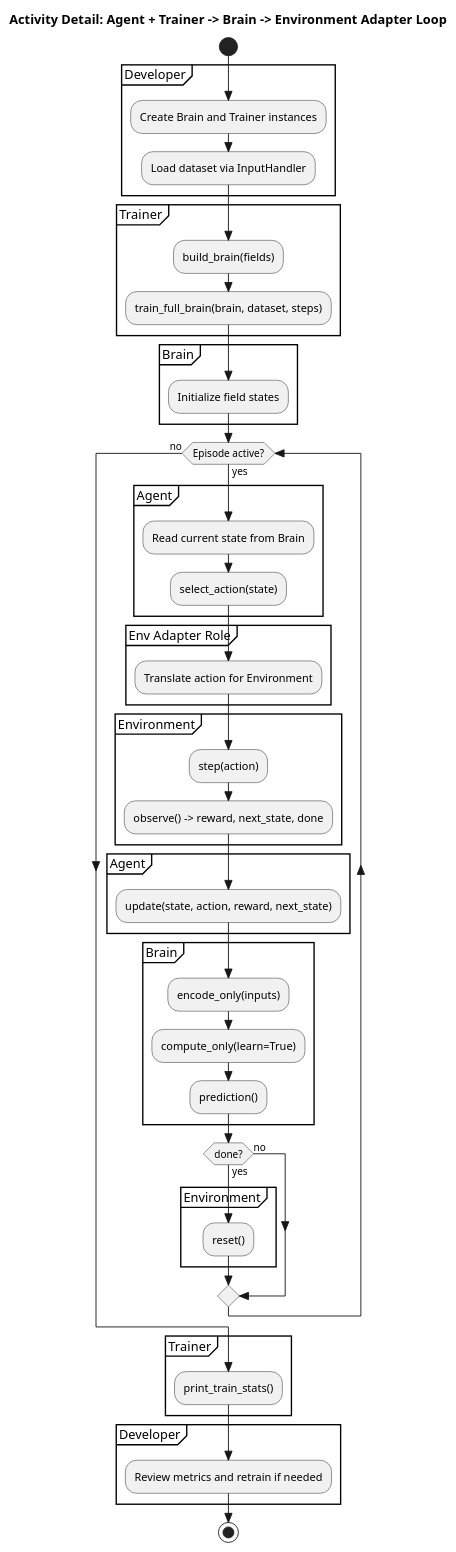
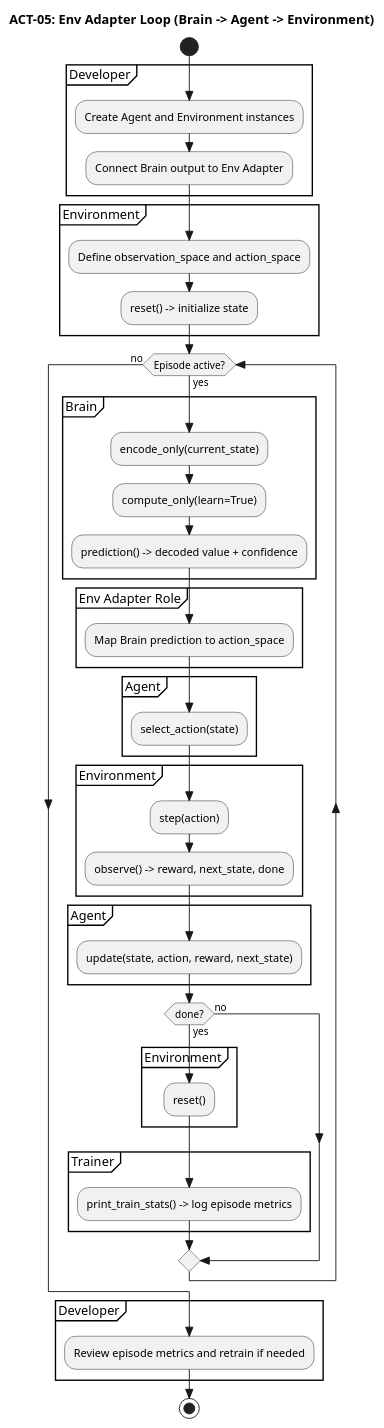
Before and after one commit to egrembocki/htmrl: the diagram in docs/puml/brain_env_training_activity.puml, drawn with PlantUML. The commit also changed 5 other files, not shown here.

```diff
--- a/docs/puml/brain_env_training_activity.puml
+++ b/docs/puml/brain_env_training_activity.puml
@@ -1,65 +1,61 @@
-@startuml brain_env_training_activity
+@startuml act-05-env-adapter-loop
 skinparam style strictuml
 skinparam shadowing false
 
-title Activity Detail: Agent + Trainer -> Brain -> Environment Adapter Loop
+title ACT-05: Env Adapter Loop (Brain -> Agent -> Environment)
 
 start
 
 partition Developer {
-  :Create Brain and Trainer instances;
-  :Load dataset via InputHandler;
+	:Create Agent and Environment instances;
+	:Connect Brain output to Env Adapter;
 }
 
-partition "Trainer" {
-  :build_brain(fields);
-  :train_full_brain(brain, dataset, steps);
-}
-
-partition "Brain" {
-  :Initialize field states;
+partition "Environment" {
+	:Define observation_space and action_space;
+	:reset() -> initialize state;
 }
 
 while (Episode active?) is (yes)
-  partition "Agent" {
-    :Read current state from Brain;
-    :select_action(state);
-  }
 
-  partition "Env Adapter Role" {
-    :Translate action for Environment;
-  }
+	partition "Brain" {
+		:encode_only(current_state);
+		:compute_only(learn=True);
+		:prediction() -> decoded value + confidence;
+	}
 
-  partition "Environment" {
-    :step(action);
-    :observe() -> reward, next_state, done;
-  }
+	partition "Env Adapter Role" {
+		:Map Brain prediction to action_space;
+	}
 
-  partition "Agent" {
-    :update(state, action, reward, next_state);
-  }
+	partition "Agent" {
+		:select_action(state);
+	}
 
-  partition "Brain" {
-    :encode_only(inputs);
-    :compute_only(learn=True);
-    :prediction();
-  }
+	partition "Environment" {
+		:step(action);
+		:observe() -> reward, next_state, done;
+	}
 
-  if (done?) then (yes)
-    partition "Environment" {
-      :reset();
-    }
-  else (no)
-  endif
+	partition "Agent" {
+		:update(state, action, reward, next_state);
+	}
+
+	if (done?) then (yes)
+		partition "Environment" {
+			:reset();
+		}
+		partition "Trainer" {
+			:print_train_stats() -> log episode metrics;
+		}
+	else (no)
+	endif
+
 endwhile (no)
 
-partition Trainer {
-  :print_train_stats();
-}
-
 partition Developer {
-  :Review metrics and retrain if needed;
+	:Review episode metrics and retrain if needed;
 }
 
 stop
 @enduml
```
